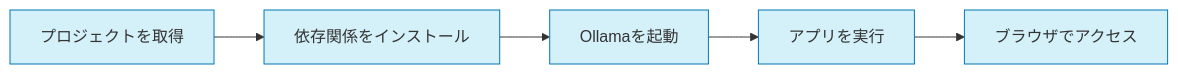
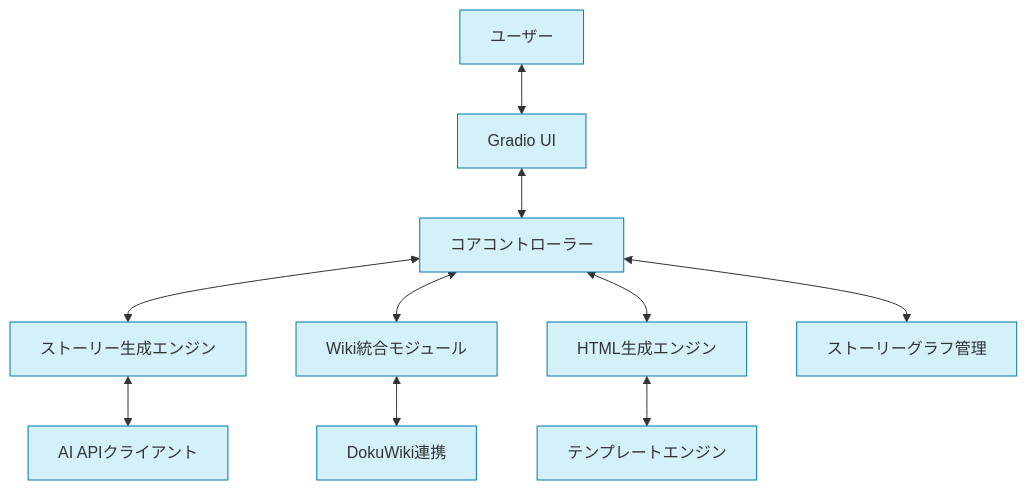
One commit to NewAITees/FableMaze changed the diagram in README.md. Above: the diagram before and after it, drawn with Mermaid. The commit also changed other lines of this file and 6 other files, not shown here.

````diff
--- a/README.md
+++ b/README.md
@@ -30,13 +18,23 @@
 ```mermaid
-graph LR
-    A[プロジェクトを取得] --> B[依存関係をインストール]
-    B --> C[Ollamaを起動]
-    C --> D[アプリを実行]
-    D --> E[ブラウザでアクセス]
+graph TD
+    A[ユーザー] <--> B[Gradio UI]
+    B <--> C[コアコントローラー]
+    C <--> D[ストーリー生成エンジン]
+    C <--> E[Wiki統合モジュール]
+    C <--> F[HTML生成エンジン]
+    D <--> G[AI APIクライアント]
+    E <--> H[DokuWiki連携]
+    F <--> I[テンプレートエンジン]
+    C <--> J[ストーリーグラフ管理]
     
     style A fill:#d4f1f9,stroke:#0077b6
     style B fill:#d4f1f9,stroke:#0077b6
     style C fill:#d4f1f9,stroke:#0077b6
     style D fill:#d4f1f9,stroke:#0077b6
     style E fill:#d4f1f9,stroke:#0077b6
+    style F fill:#d4f1f9,stroke:#0077b6
+    style G fill:#d4f1f9,stroke:#0077b6
+    style H fill:#d4f1f9,stroke:#0077b6
+    style I fill:#d4f1f9,stroke:#0077b6
+    style J fill:#d4f1f9,stroke:#0077b6
 ```
````
